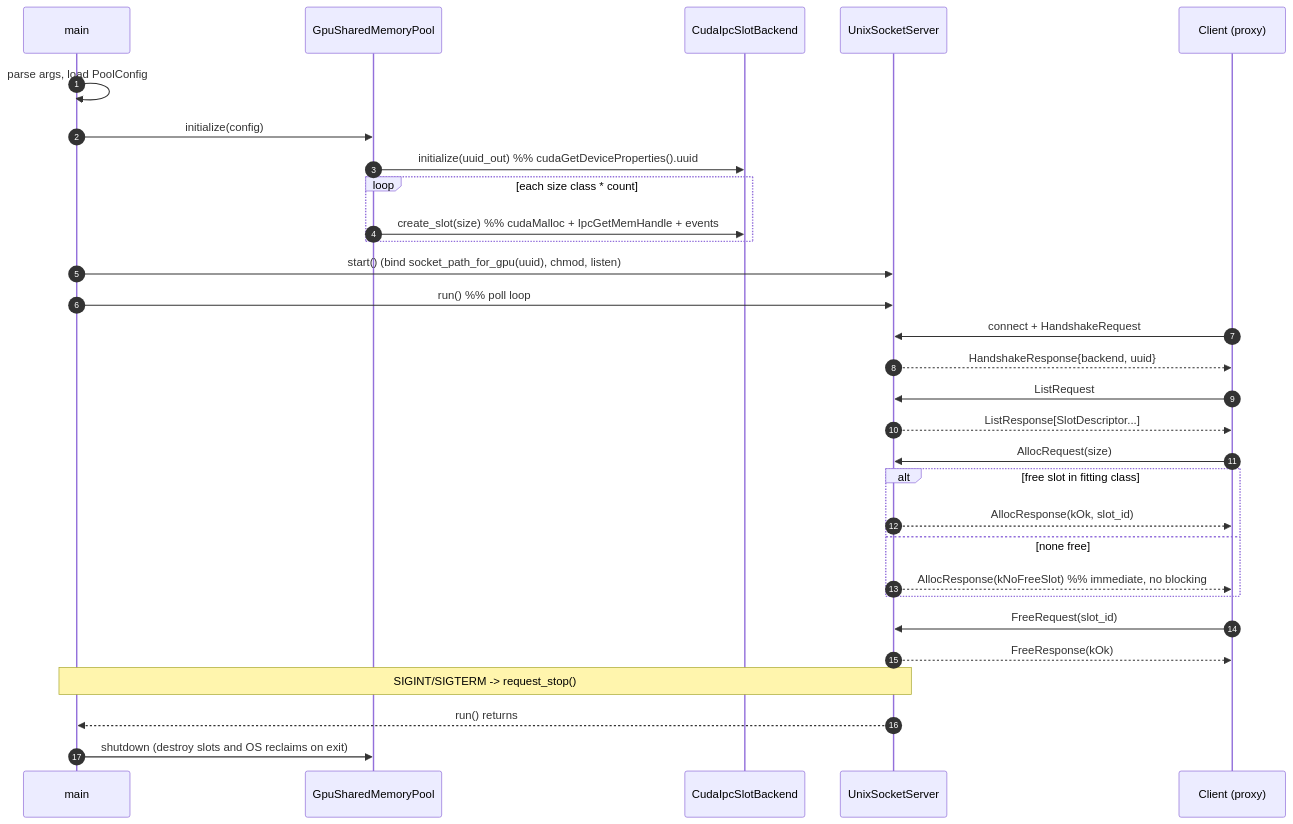
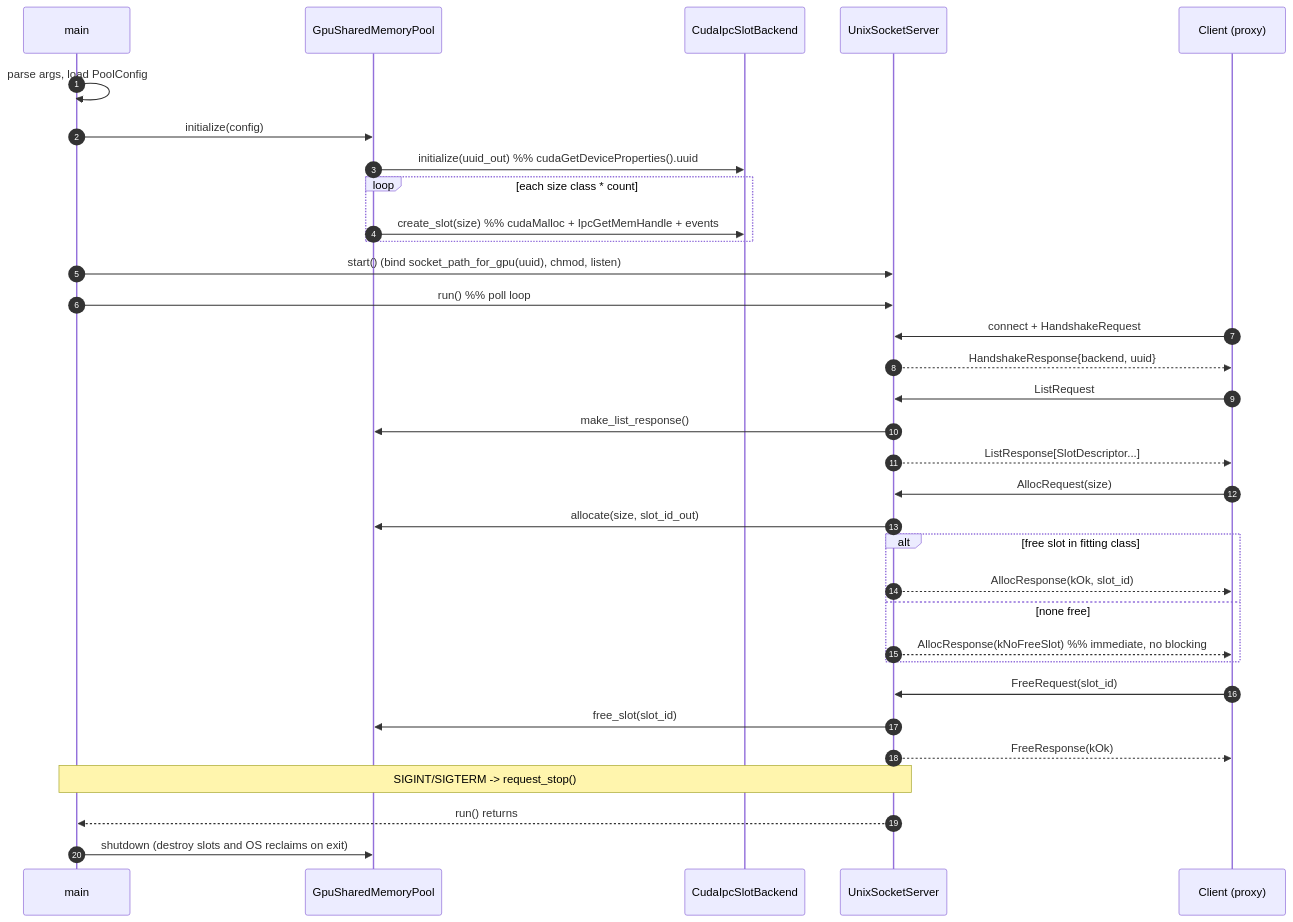
One commit to autowarefoundation/agnocast changed the third of 4 diagrams in docs/gpu_ipc_design.md. Above: the diagram before and after it, drawn with Mermaid. The commit also changed other lines of this file, not shown here.

````diff
--- a/docs/gpu_ipc_design.md
+++ b/docs/gpu_ipc_design.md
@@ -325,35 +322,38 @@
 ```mermaid
 sequenceDiagram
     autonumber
     participant M as main
     participant Pool as GpuSharedMemoryPool
     participant B as CudaIpcSlotBackend
     participant Sv as UnixSocketServer
     participant C as Client (proxy)
 
     M->>M: parse args, load PoolConfig
     M->>Pool: initialize(config)
     Pool->>B: initialize(uuid_out)  %% cudaGetDeviceProperties().uuid
     loop each size class * count
         Pool->>B: create_slot(size)  %% cudaMalloc + IpcGetMemHandle + events
     end
     M->>Sv: start() (bind socket_path_for_gpu(uuid), chmod, listen)
     M->>Sv: run()  %% poll loop
 
     C->>Sv: connect + HandshakeRequest
     Sv-->>C: HandshakeResponse{backend, uuid}
     C->>Sv: ListRequest
+    Sv->>Pool: make_list_response()
     Sv-->>C: ListResponse[SlotDescriptor...]
     C->>Sv: AllocRequest(size)
+    Sv->>Pool:allocate(size, slot_id_out)
     alt free slot in fitting class
         Sv-->>C: AllocResponse(kOk, slot_id)
     else none free
         Sv-->>C: AllocResponse(kNoFreeSlot)   %% immediate, no blocking
     end
     C->>Sv: FreeRequest(slot_id)
+    Sv->>Pool:free_slot(slot_id)
     Sv-->>C: FreeResponse(kOk)
 
     Note over M,Sv: SIGINT/SIGTERM -> request_stop()
     Sv-->>M: run() returns
     M->>Pool: shutdown (destroy slots and OS reclaims on exit)
 ```
````
